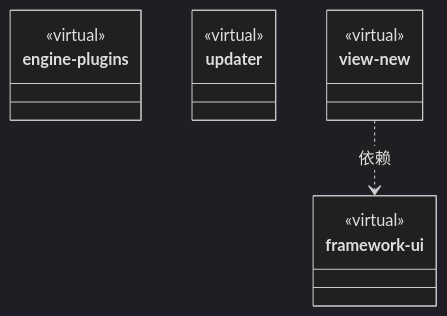
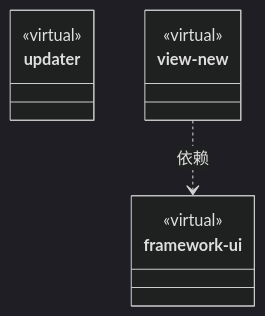
The second of 2 diagrams in src/ARCHITECTURE.md (nan023062/cbim), drawn with Mermaid (dark theme) before and after one commit. The commit also changed other lines of this file and 1438 other files, not shown here.

````diff
--- a/src/ARCHITECTURE.md
+++ b/src/ARCHITECTURE.md
@@ -76,20 +73,16 @@
 ```mermaid
 classDiagram
-class N_be04b6eef23f["engine-plugins"] {
+class N_b572c76539a3["updater"] {
   <<virtual>>
 }
-click N_be04b6eef23f href "engine-plugins/ARCHITECTURE.md"
+click N_b572c76539a3 href "updater/ARCHITECTURE.md"
 class N_b3e974f45a66["framework-ui"] {
   <<virtual>>
 }
 click N_b3e974f45a66 href "framework-ui/ARCHITECTURE.md"
-class N_b572c76539a3["updater"] {
-  <<virtual>>
-}
-click N_b572c76539a3 href "updater/ARCHITECTURE.md"
 class N_c755adb87123["view-new"] {
   <<virtual>>
 }
 click N_c755adb87123 href "view-new/ARCHITECTURE.md"
 N_c755adb87123 ..> N_b3e974f45a66 : 依赖
 ```
````
